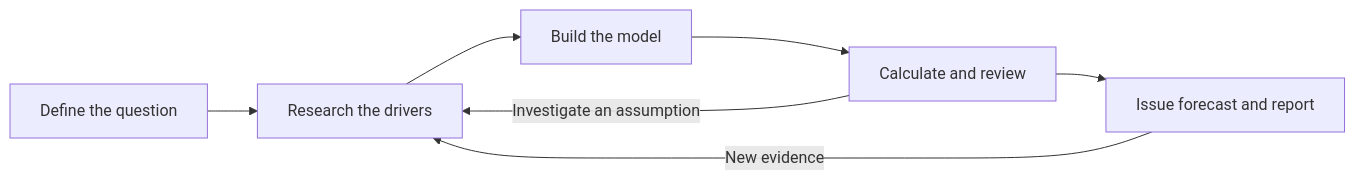
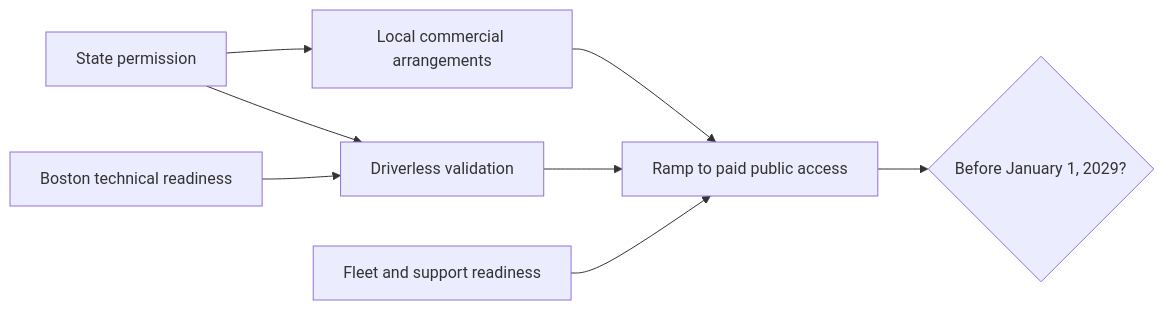
One commit to expectedparrot/vorhersage changed the second of 2 diagrams in README.md. Above: the diagram before and after it, drawn with Mermaid. The commit also changed other lines of this file, not shown here.

Commit message:
Explain the Waymo forecasting workflow with worked calculations and diagrams

````diff
--- a/README.md
+++ b/README.md
@@ -196,9 +167,10 @@
 ```mermaid
 flowchart LR
-    Q[Define the question] --> R[Research the drivers]
-    R --> M[Build the model]
-    M --> C[Calculate and review]
-    C -->|Investigate an assumption| R
-    C --> F[Issue forecast and report]
-    F -->|New evidence| R
+    S[State permission] --> L[Local commercial arrangements]
+    S --> V[Driverless validation]
+    T[Boston technical readiness] --> V
+    L --> P[Ramp to paid public access]
+    V --> P
+    F[Fleet and support readiness] --> P
+    P --> D{Before January 1, 2029?}
 ```
````
